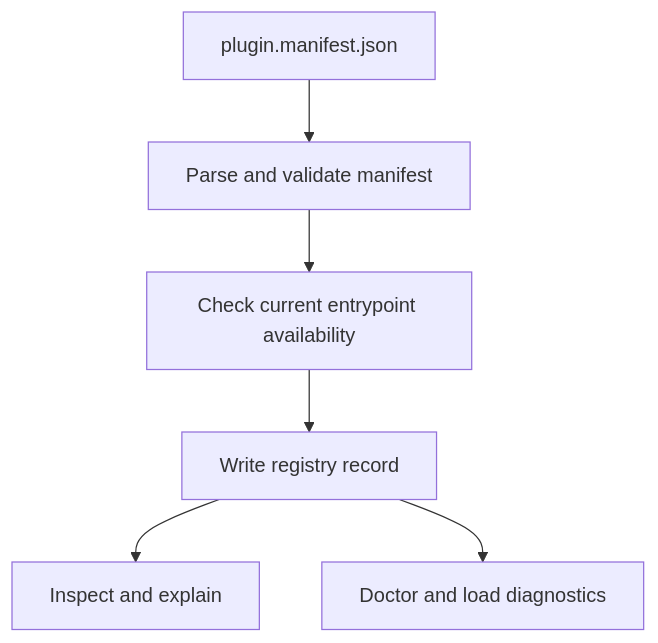
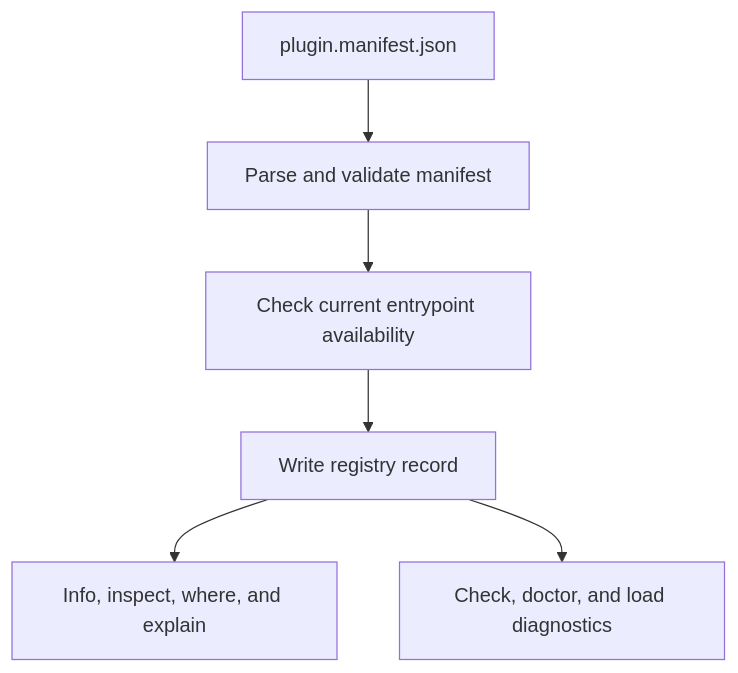
The second of 4 diagrams in docs/04-architecture/plugin-system.md (bijux/bijux-cli), drawn with Mermaid before and after one commit. The commit also changed other lines of this file and 3 other files, not shown here.

````diff
--- a/docs/04-architecture/plugin-system.md
+++ b/docs/04-architecture/plugin-system.md
@@ -25,8 +25,8 @@
 ```mermaid
 flowchart TD
     Manifest[plugin.manifest.json] --> Validate[Parse and validate manifest]
     Validate --> Entrypoint[Check current entrypoint availability]
     Entrypoint --> Registry[Write registry record]
-    Registry --> Inspect[Inspect and explain]
-    Registry --> Doctor[Doctor and load diagnostics]
+    Registry --> Inspect[Info, inspect, where, and explain]
+    Registry --> Doctor[Check, doctor, and load diagnostics]
 ```
````
